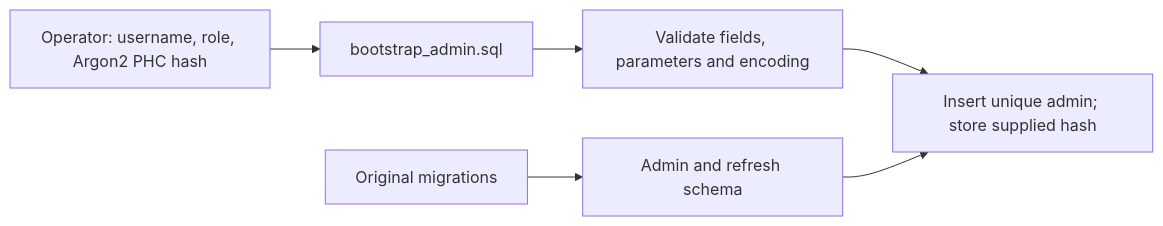
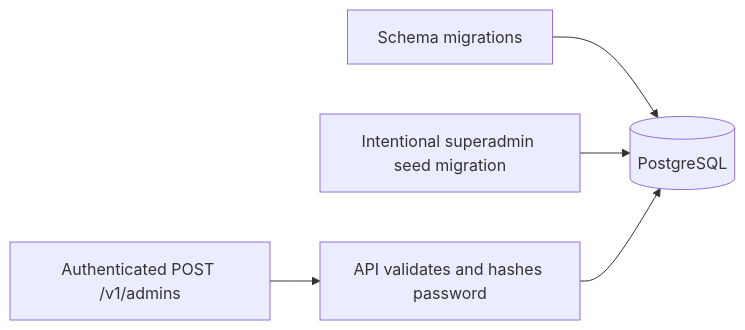
One commit to enzumeii/monolith changed the second of 2 diagrams in docs/development.md. Above: the diagram before and after it, drawn with Mermaid. The commit also changed other lines of this file and 5 other files, not shown here.

Commit message:
refactor(api): remove optional admin bootstrap script

````diff
--- a/docs/development.md
+++ b/docs/development.md
@@ -77,8 +77,7 @@
 ```mermaid
 flowchart LR
-    MIG["Original migrations"] --> SCHEMA["Admin and refresh schema"]
-    INPUT["Operator: username, role, Argon2 PHC hash"] --> SQL["bootstrap_admin.sql"]
-    SQL --> CHECK["Validate fields, parameters and encoding"]
-    CHECK --> INSERT["Insert unique admin; store supplied hash"]
-    SCHEMA --> INSERT
+    MIG["Schema migrations"] --> DB[("PostgreSQL")]
+    SEED["Intentional superadmin seed migration"] --> DB
+    API["Authenticated POST /v1/admins"] --> HASH["API validates and hashes password"]
+    HASH --> DB
 ```
````
